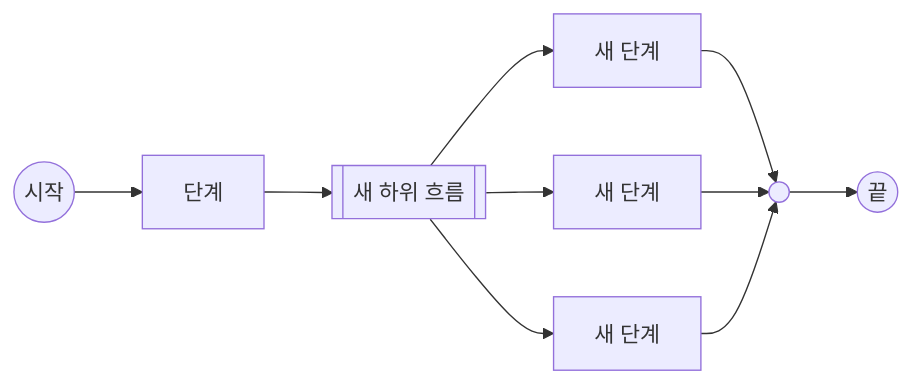
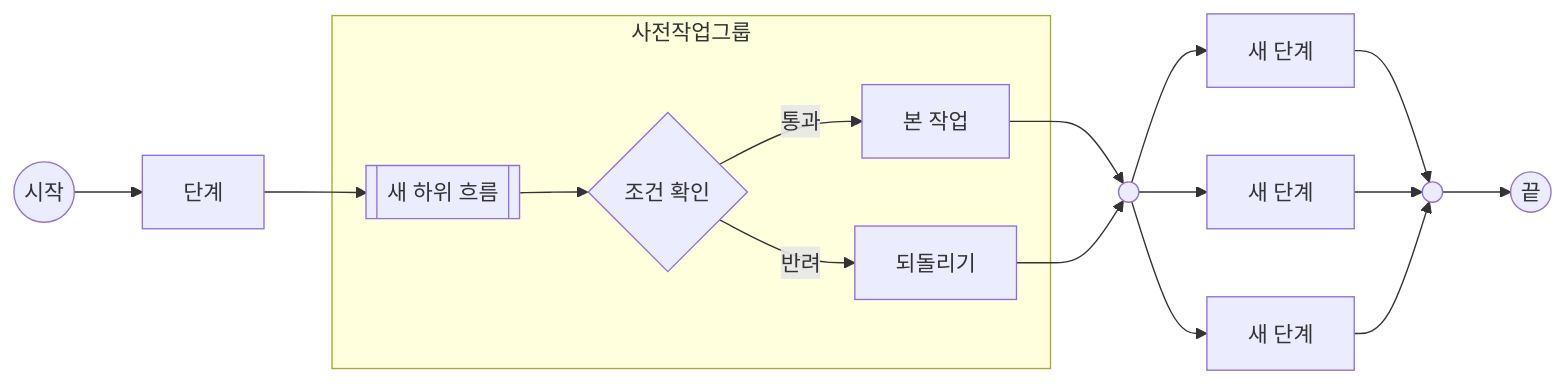
The diagram in .loadstar/FLOW/[FLOW][2.0][2026.09.17]구현절차[샘플].md (openLoadstar/ui), drawn with Mermaid before and after one commit. The commit also changed other lines of this file and 2 other files, not shown here.

Commit message:
Document how to use the flow editor
The FLOW section of the README had grown into one paragraph as each
feature was added to the end of it. Split into what the element is, a
table of what to click for each thing you might want to do, and the two
properties worth knowing: edits rewrite only the lines they must, and a
diagram the editor cannot rewrite safely locks structural editing instead
of mangling it.

Also commits the sample flow with its subflow inlined back into the parent,
from trying the old file-based ungroup.

````diff
--- a/.loadstar/FLOW/[FLOW][2.0][2026.09.17]구현절차[샘플].md
+++ b/.loadstar/FLOW/[FLOW][2.0][2026.09.17]구현절차[샘플].md
@@ -8,12 +8,20 @@
 ```mermaid
 flowchart LR
     begin((시작)) --> step1[단계]
-    step1 --> f1[[새 하위 흐름]]
-    f1 --> s1[새 단계]
-    f1 --> s2[새 단계]
+    step1 --> f1
+    subgraph g1[사전작업그룹]
+        f1 --> check
+        check{조건 확인} -- 통과 --> work[본 작업]
+        check -- 반려 --> back[되돌리기]
+        f1[[새 하위 흐름]]
+    end
+    work --> out(( ))
+    back --> out
+    out --> s1[새 단계]
+    out --> s2[새 단계]
     s2 --> m1
-    f1 --> s3[새 단계]
+    out --> s3[새 단계]
     s3 --> m1
     s1 --> m1(( ))
     m1 --> done((끝))
 ```
````
